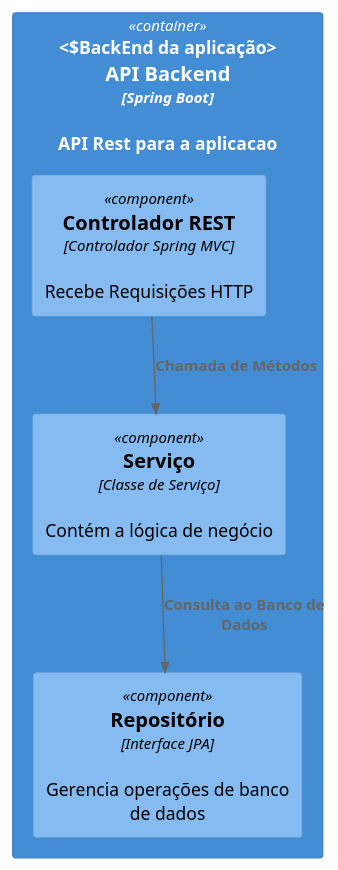
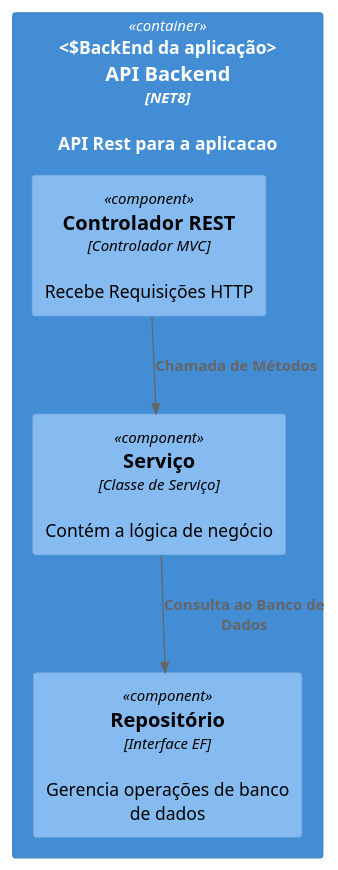
One commit to samoryfiotec/C4 changed the diagram in Component.puml. Above: the diagram before and after it, drawn with PlantUML. The commit also changed 10 other files, not shown here.

Commit message:
Atualizar diagramas e renomear atributos para refletir a nova nomenclatura da aplicação

```diff
--- a/Component.puml
+++ b/Component.puml
@@ -1,13 +1,13 @@
 @startuml AplicacaoComponent
 !includeurl https://raw.githubusercontent.com/plantuml-stdlib/C4-PlantUML/master/C4_Component.puml
 
-Container(api, "API Backend", "Spring Boot", "API Rest para a aplicacao", "BackEnd da aplicação"){
-    Component(controller, "Controlador REST", "Controlador Spring MVC", "Recebe Requisições HTTP")
+Container(api, "API Backend", "NET8", "API Rest para a aplicacao", "BackEnd da aplicação"){
+    Component(controller, "Controlador REST", "Controlador MVC", "Recebe Requisições HTTP")
     Component(service, "Serviço", "Classe de Serviço", "Contém a lógica de negócio")
-    Component(repository, "Repositório", "Interface JPA", "Gerencia operações de banco de dados")
+    Component(repository, "Repositório", "Interface EF", "Gerencia operações de banco de dados")
 }
 
 Rel(controller, service, "Chamada de Métodos")
 Rel(service, repository, "Consulta ao Banco de Dados")
 
 @enduml
```
